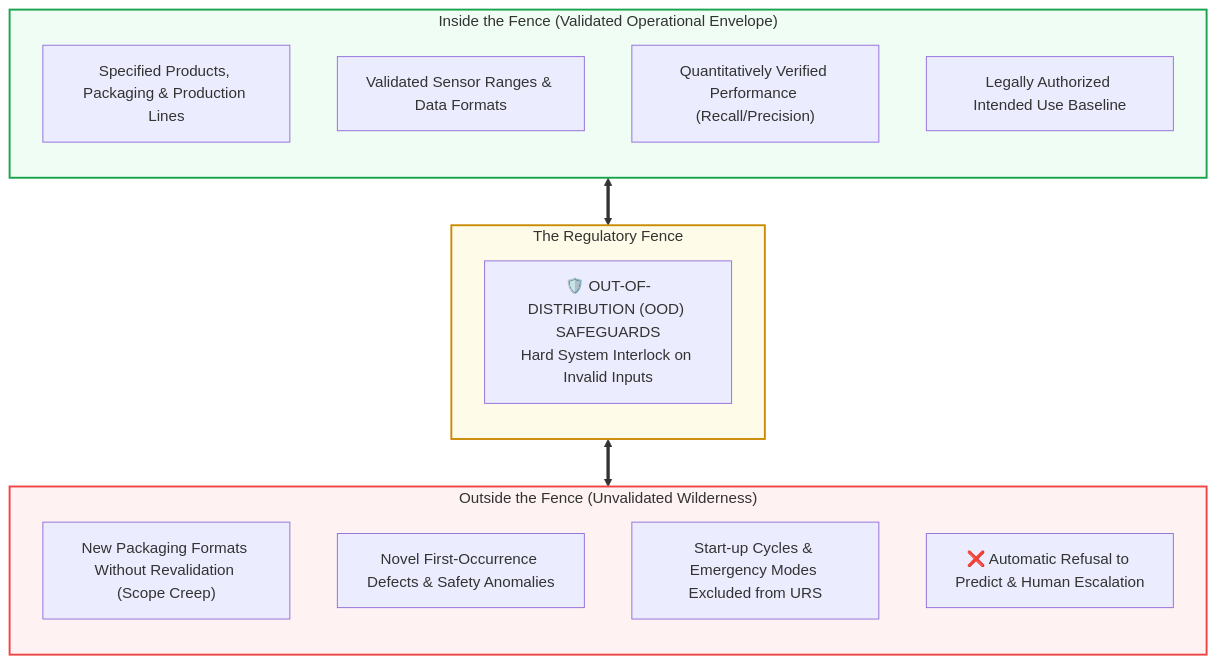
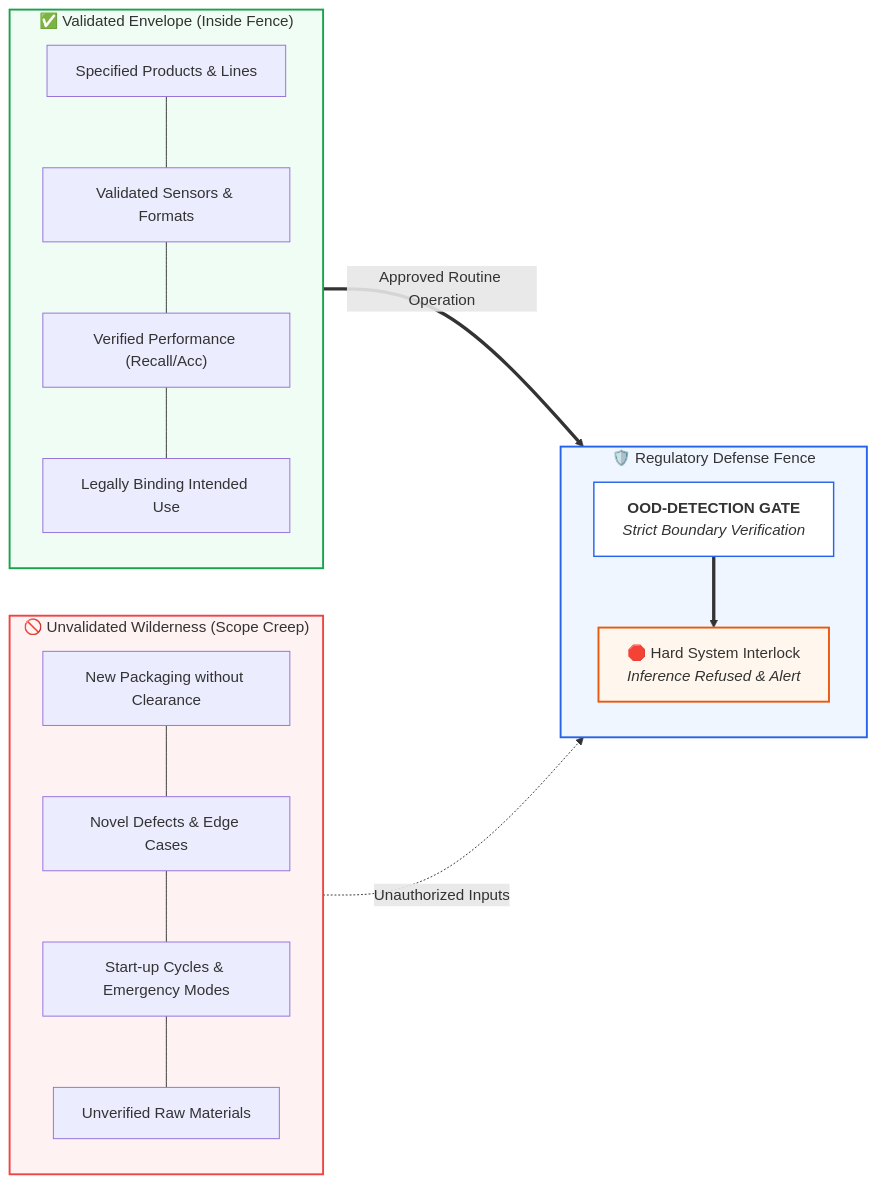
Before and after one commit to Lunaman06/Annex22: the diagram in docs/en/module_05_intended_use_model_definition.md, drawn with Mermaid. The commit also changed other lines of this file and 29 other files, not shown here.

Commit message:
style(docs): optimize mermaid diagram aspect ratios, edge flows and legibility across all DE and EN modules

````diff
--- a/docs/en/module_05_intended_use_model_definition.md
+++ b/docs/en/module_05_intended_use_model_definition.md
@@ -20,29 +20,36 @@
 ```mermaid
-graph TD
-    subgraph Inside["Inside the Fence (Validated Operational Envelope)"]
+flowchart LR
+    subgraph Inside["✅ Validated Envelope (Inside Fence)"]
         direction TB
-        IN1["Specified Products, Packaging & Production Lines"]
-        IN2["Validated Sensor Ranges & Data Formats"]
-        IN3["Quantitatively Verified Performance (Recall/Precision)"]
-        IN4["Legally Authorized Intended Use Baseline"]
+        IN1["Specified Products & Lines"]
+        IN2["Validated Sensors & Formats"]
+        IN3["Verified Performance (Recall/Acc)"]
+        IN4["Legally Binding Intended Use"]
+        IN1 --- IN2 --- IN3 --- IN4
     end
 
-    subgraph Fence["The Regulatory Fence"]
+    subgraph Defense["🛡️ Regulatory Defense Fence"]
         direction TB
-        FENCE["🛡️ OUT-OF-DISTRIBUTION (OOD) SAFEGUARDS<br/>Hard System Interlock on Invalid Inputs"]
+        FENCE["<b>OOD-DETECTION GATE</b><br/><i>Strict Boundary Verification</i>"]
+        ACTION["🛑 Hard System Interlock<br/><i>Inference Refused & Alert</i>"]
+        FENCE ==> ACTION
     end
 
-    subgraph Outside["Outside the Fence (Unvalidated Wilderness)"]
+    subgraph Outside["🚫 Unvalidated Wilderness (Scope Creep)"]
         direction TB
-        OUT1["New Packaging Formats Without Revalidation (Scope Creep)"]
-        OUT2["Novel First-Occurrence Defects & Safety Anomalies"]
-        OUT3["Start-up Cycles & Emergency Modes Excluded from URS"]
-        OUT4["❌ Automatic Refusal to Predict & Human Escalation"]
+        OUT1["New Packaging without Clearance"]
+        OUT2["Novel Defects & Edge Cases"]
+        OUT3["Start-up Cycles & Emergency Modes"]
+        OUT4["Unverified Raw Materials"]
+        OUT1 --- OUT2 --- OUT3 --- OUT4
     end
 
-    Inside <==> Fence <==> Outside
+    Inside ==>|"Approved Routine Operation"| FENCE
+    Outside -.->|"Unauthorized Inputs"| FENCE
 
     style Inside fill:#f0fdf4,stroke:#16a34a,stroke-width:2px
-    style Fence fill:#fefce8,stroke:#ca8a04,stroke-width:2px
+    style Defense fill:#eff6ff,stroke:#2563eb,stroke-width:2px
     style Outside fill:#fef2f2,stroke:#ef4444,stroke-width:2px
+    style FENCE fill:#ffffff,stroke:#2563eb,stroke-width:1.5px
+    style ACTION fill:#fff7ed,stroke:#ea580c,stroke-width:2px
 ```
````
